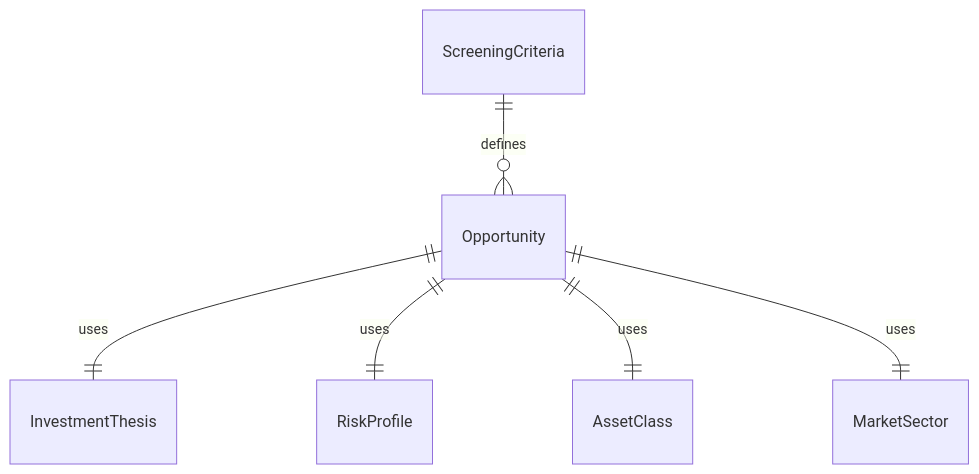
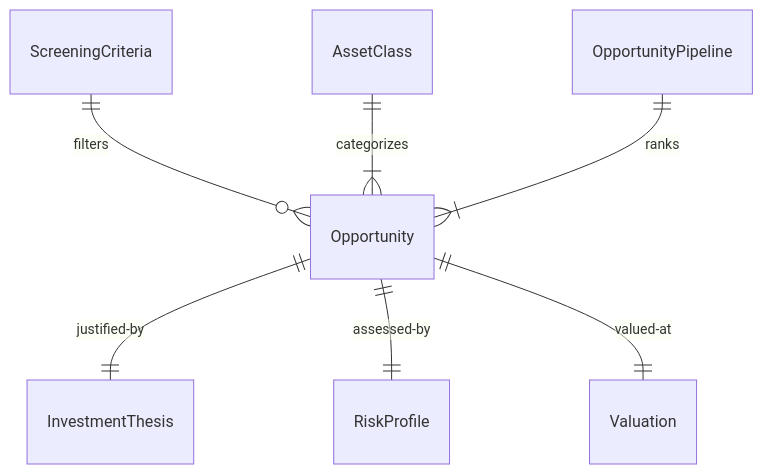
The first of 4 diagrams in IdentifyingObjectsActionsAndEvents/IdentifyBusinessOrOrganizationalOpportunities/IdentifyInvestmentOpportunitiesStrategies.mdx (dot-org-ai/tasks.org.ai), drawn with Mermaid before and after one commit. The commit also changed other lines of this file and 515 other files, not shown here.

````diff
--- a/IdentifyingObjectsActionsAndEvents/IdentifyBusinessOrOrganizationalOpportunities/IdentifyInvestmentOpportunitiesStrategies.mdx
+++ b/IdentifyingObjectsActionsAndEvents/IdentifyBusinessOrOrganizationalOpportunities/IdentifyInvestmentOpportunitiesStrategies.mdx
@@ -95,8 +95,9 @@
 ```mermaid
 erDiagram
-    Opportunity ||--|| InvestmentThesis : "uses"
-    ScreeningCriteria ||--o{ Opportunity : "defines"
-    Opportunity ||--|| RiskProfile : "uses"
-    Opportunity ||--|| AssetClass : "uses"
-    Opportunity ||--|| MarketSector : "uses"
+    Opportunity ||--|| InvestmentThesis : "justified-by"
+    ScreeningCriteria ||--o{ Opportunity : "filters"
+    Opportunity ||--|| RiskProfile : "assessed-by"
+    AssetClass ||--|{ Opportunity : "categorizes"
+    Opportunity ||--|| Valuation : "valued-at"
+    OpportunityPipeline ||--|{ Opportunity : "ranks"
 ```
````
